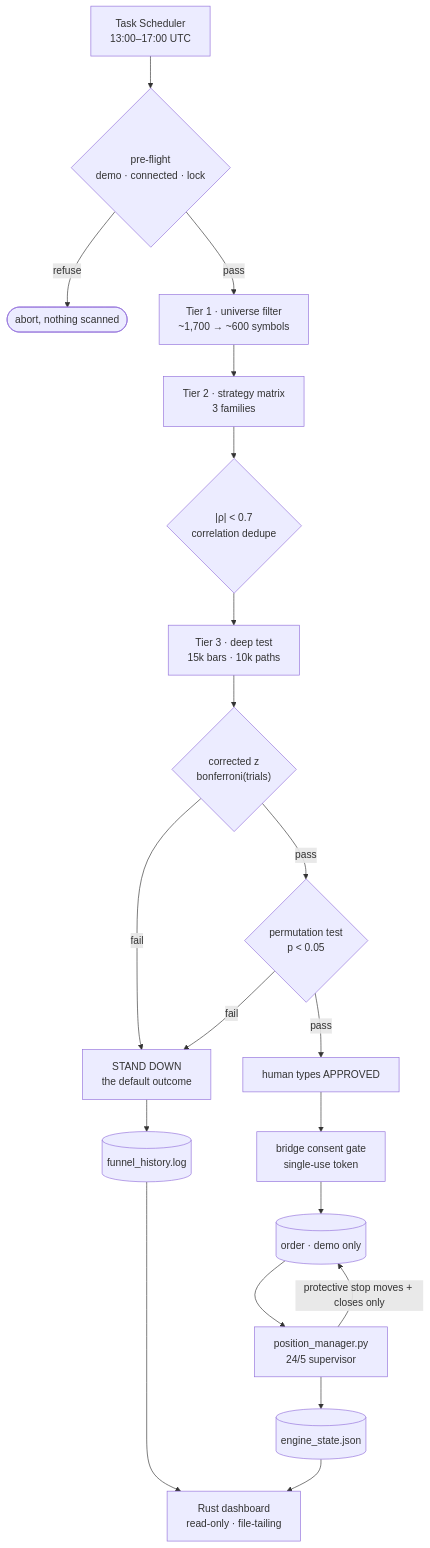
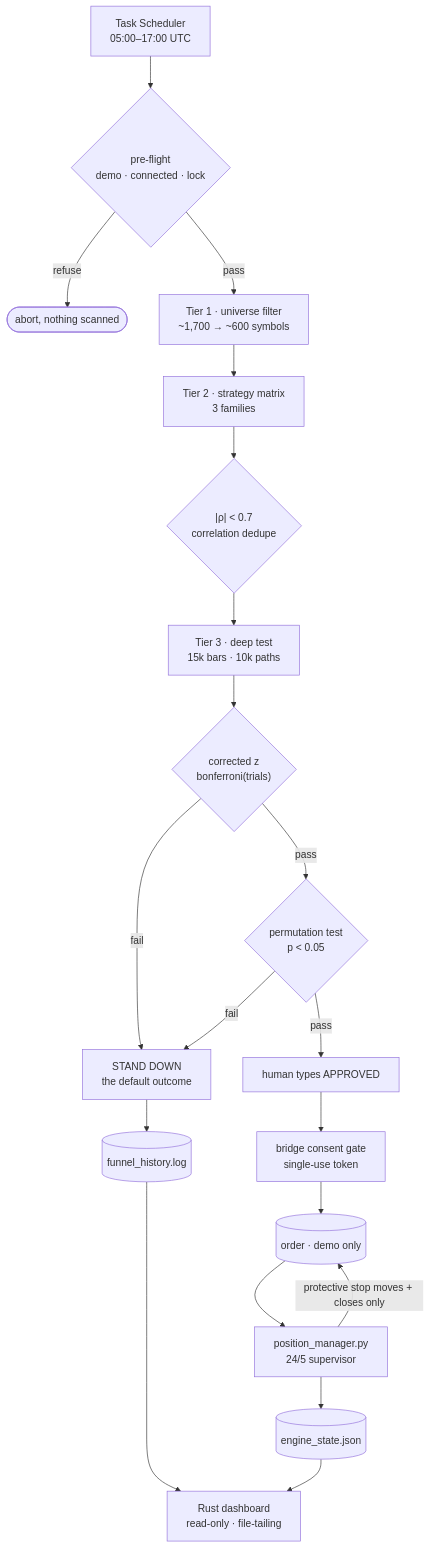
Before and after one commit to youcisla/Zero-Trust-Trader: the diagram in README.md, drawn with Mermaid. The commit also changed other lines of this file and 8 other files, not shown here.

````diff
--- a/README.md
+++ b/README.md
@@ -100,24 +100,24 @@
 ```mermaid
 flowchart TD
-    SCH["Task Scheduler<br/>13:00–17:00 UTC"] --> PRE{"pre-flight<br/>demo · connected · lock"}
+    SCH["Task Scheduler<br/>05:00–17:00 UTC"] --> PRE{"pre-flight<br/>demo · connected · lock"}
     PRE -->|refuse| STOP1([abort, nothing scanned])
     PRE -->|pass| T1["Tier 1 · universe filter<br/>~1,700 → ~600 symbols"]
     T1 --> T2["Tier 2 · strategy matrix<br/>3 families"]
     T2 --> DED{"|ρ| < 0.7<br/>correlation dedupe"}
     DED --> T3["Tier 3 · deep test<br/>15k bars · 10k paths"]
     T3 --> Z{"corrected z<br/>bonferroni(trials)"}
     Z -->|fail| SD["STAND DOWN<br/>the default outcome"]
     Z -->|pass| P{"permutation test<br/>p < 0.05"}
     P -->|fail| SD
     P -->|pass| HUMAN["human types APPROVED"]
     HUMAN --> BRIDGE["bridge consent gate<br/>single-use token"]
     BRIDGE --> ORDER[("order · demo only")]
 
     ORDER --> PM["position_manager.py<br/>24/5 supervisor"]
     PM -->|"protective stop moves + closes only"| ORDER
 
     PM --> STATE[("engine_state.json")]
     SD --> LOG[("funnel_history.log")]
     STATE --> DASH["Rust dashboard<br/>read-only · file-tailing"]
     LOG --> DASH
 ```
````
